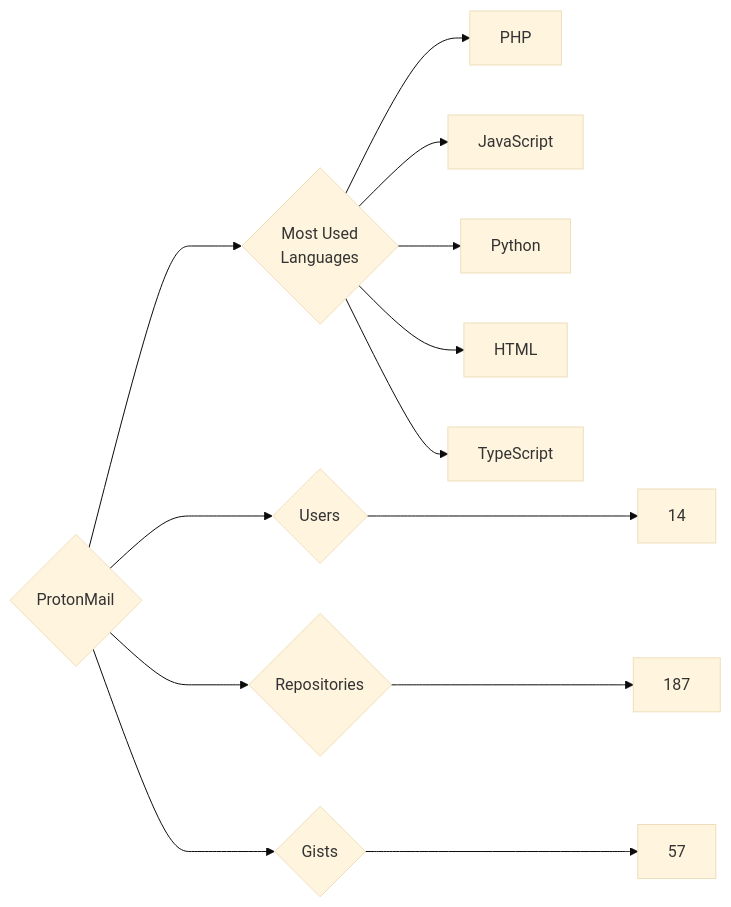
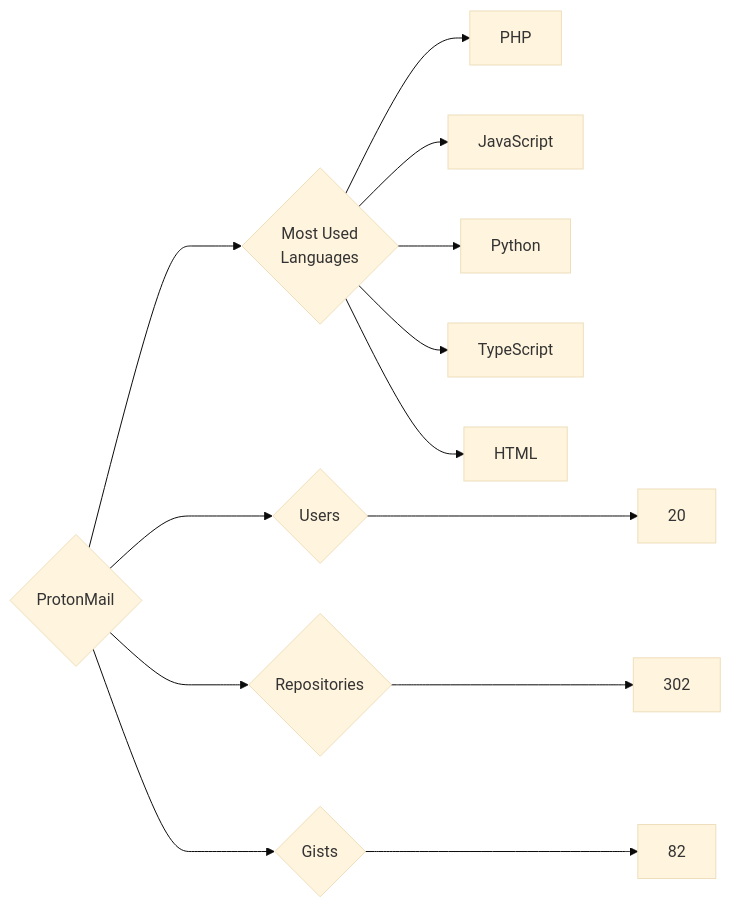
The diagram in targets/ProtonMail/README.md (trickest/insiders), drawn with Mermaid (base theme) before and after one commit. The commit also changed 814 other files, not shown here.

````diff
--- a/targets/ProtonMail/README.md
+++ b/targets/ProtonMail/README.md
@@ -3,13 +3,13 @@
 ```mermaid
 graph LR
 COMPANY_NAME{ProtonMail}
-COMPANY_NAME ---> U{Users} ---> UN[14]
-COMPANY_NAME ---> R{Repositories} ---> RN[187]
-COMPANY_NAME ---> G{Gists} ---> GN[57]
+COMPANY_NAME ---> U{Users} ---> UN[20]
+COMPANY_NAME ---> R{Repositories} ---> RN[302]
+COMPANY_NAME ---> G{Gists} ---> GN[82]
 COMPANY_NAME ---> ML{Most Used<br>Languages}
 ML --> PHP[PHP]
 ML --> JavaScript[JavaScript]
 ML --> Python[Python]
+ML --> TypeScript[TypeScript]
 ML --> HTML[HTML]
-ML --> TypeScript[TypeScript]
 ```
````
